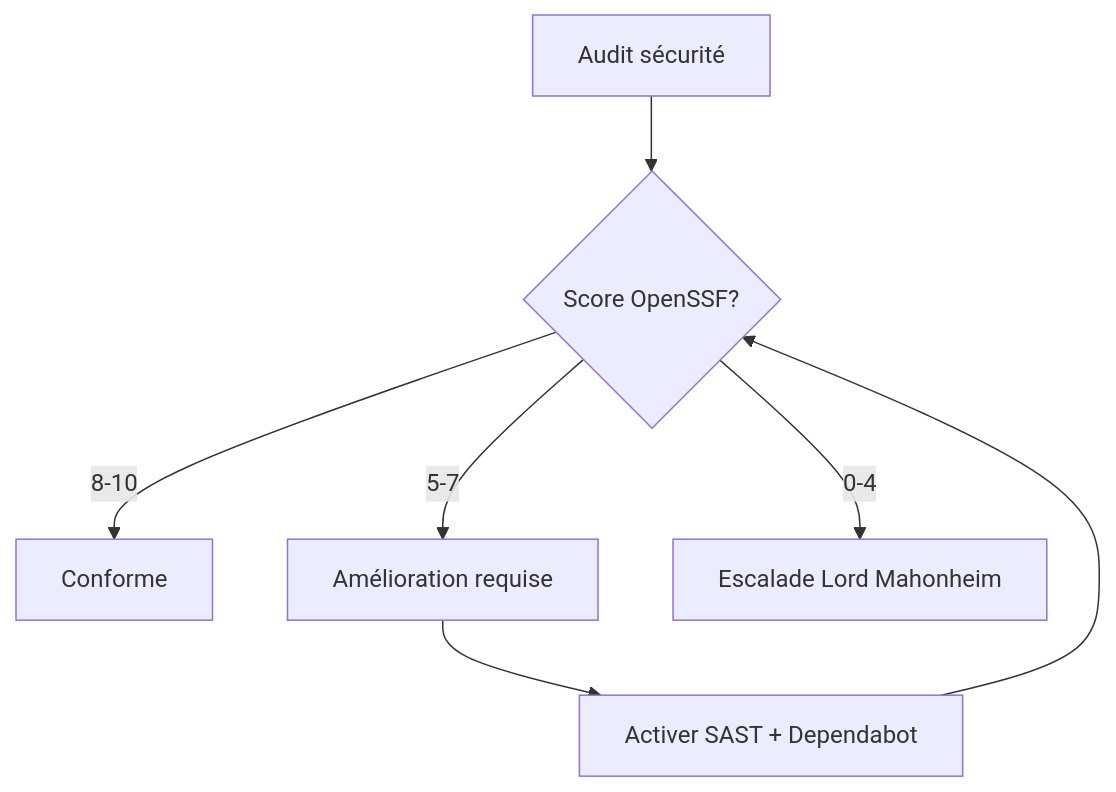
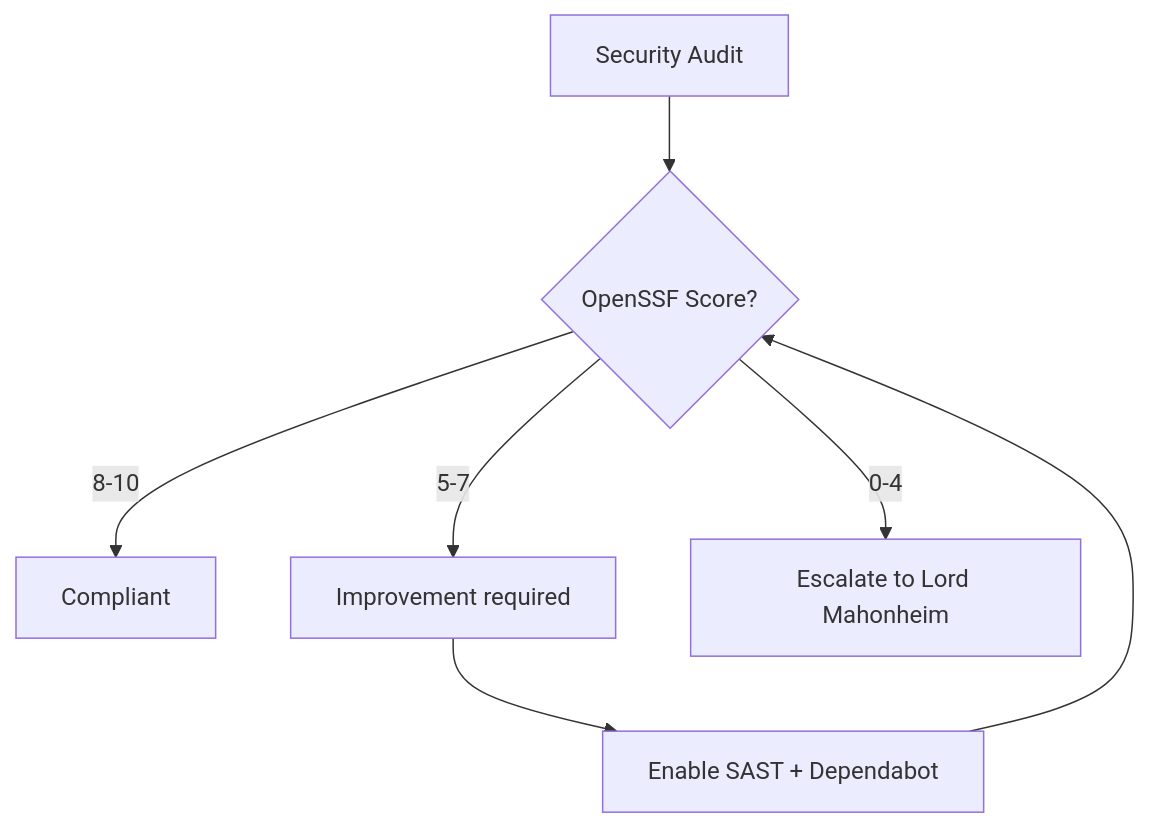
Before and after one commit to lordmahonheim-bot/Tesla-Antigravity-CLI: the third of 7 diagrams in 48-Tesla-Github-MCP/tesla-github-manager/SKILL.md, drawn with Mermaid. The commit also changed other lines of this file and 1 other file, not shown here.

````diff
--- a/48-Tesla-Github-MCP/tesla-github-manager/SKILL.md
+++ b/48-Tesla-Github-MCP/tesla-github-manager/SKILL.md
@@ -357,9 +357,9 @@
 ```mermaid
 graph TD
-    A[Audit sécurité] --> B{Score OpenSSF?}
-    B -->|8-10| C[Conforme]
-    B -->|5-7| D[Amélioration requise]
-    B -->|0-4| E[Escalade Lord Mahonheim]
-    D --> F[Activer SAST + Dependabot]
+    A[Security Audit] --> B{OpenSSF Score?}
+    B -->|8-10| C[Compliant]
+    B -->|5-7| D[Improvement required]
+    B -->|0-4| E[Escalate to Lord Mahonheim]
+    D --> F[Enable SAST + Dependabot]
     F --> B
 ```
````
